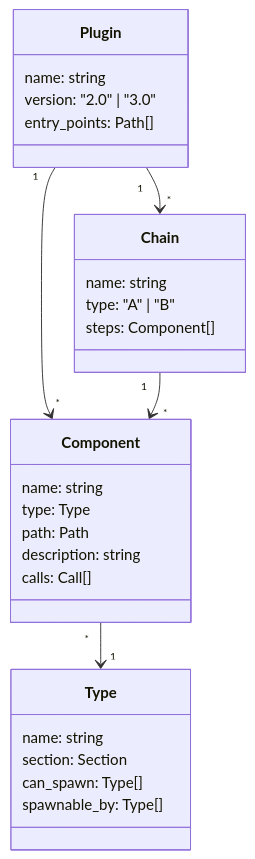
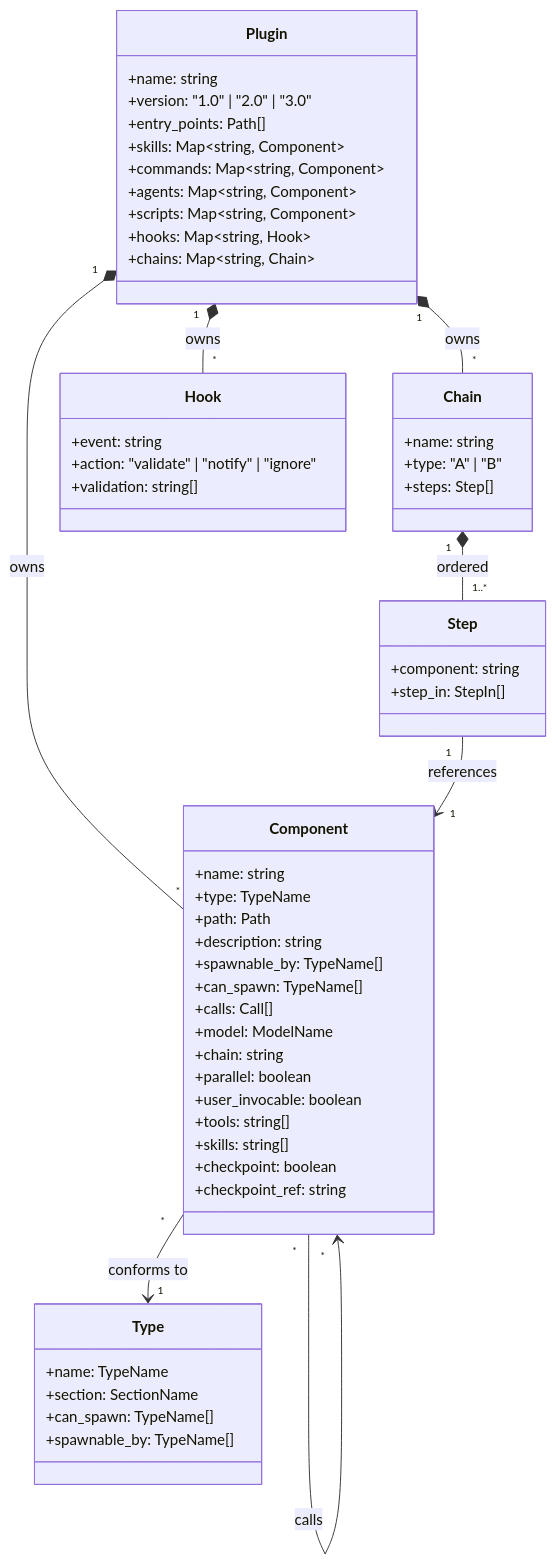
One commit to shuu5/twill changed the first of 2 diagrams in cli/architecture/domain/model.md. Above: the diagram before and after it, drawn with Mermaid. The commit also changed other lines of this file and 26 other files, not shown here.

First line of the commit message:
feat(architecture): refine specs from skeleton to complete (#35) (#41)

````diff
--- a/cli/architecture/domain/model.md
+++ b/cli/architecture/domain/model.md
@@ -3,30 +3,58 @@
 ```mermaid
 classDiagram
     class Plugin {
-        name: string
-        version: "2.0" | "3.0"
-        entry_points: Path[]
+        +name: string
+        +version: "1.0" | "2.0" | "3.0"
+        +entry_points: Path[]
+        +skills: Map~string, Component~
+        +commands: Map~string, Component~
+        +agents: Map~string, Component~
+        +scripts: Map~string, Component~
+        +hooks: Map~string, Hook~
+        +chains: Map~string, Chain~
     }
     class Component {
-        name: string
-        type: Type
-        path: Path
-        description: string
-        calls: Call[]
+        +name: string
+        +type: TypeName
+        +path: Path
+        +description: string
+        +spawnable_by: TypeName[]
+        +can_spawn: TypeName[]
+        +calls: Call[]
+        +model: ModelName
+        +chain: string
+        +parallel: boolean
+        +user_invocable: boolean
+        +tools: string[]
+        +skills: string[]
+        +checkpoint: boolean
+        +checkpoint_ref: string
     }
     class Type {
-        name: string
-        section: Section
-        can_spawn: Type[]
-        spawnable_by: Type[]
+        +name: TypeName
+        +section: SectionName
+        +can_spawn: TypeName[]
+        +spawnable_by: TypeName[]
     }
     class Chain {
-        name: string
-        type: "A" | "B"
-        steps: Component[]
+        +name: string
+        +type: "A" | "B"
+        +steps: Step[]
     }
-    Plugin "1" --> "*" Component
-    Plugin "1" --> "*" Chain
-    Component "*" --> "1" Type
-    Chain "1" --> "*" Component
+    class Step {
+        +component: string
+        +step_in: StepIn[]
+    }
+    class Hook {
+        +event: string
+        +action: "validate" | "notify" | "ignore"
+        +validation: string[]
+    }
+    Plugin "1" *-- "*" Component : owns
+    Plugin "1" *-- "*" Chain : owns
+    Plugin "1" *-- "*" Hook : owns
+    Component "*" --> "1" Type : conforms to
+    Chain "1" *-- "1..*" Step : ordered
+    Step "1" --> "1" Component : references
+    Component "*" --> "*" Component : calls
 ```
````
